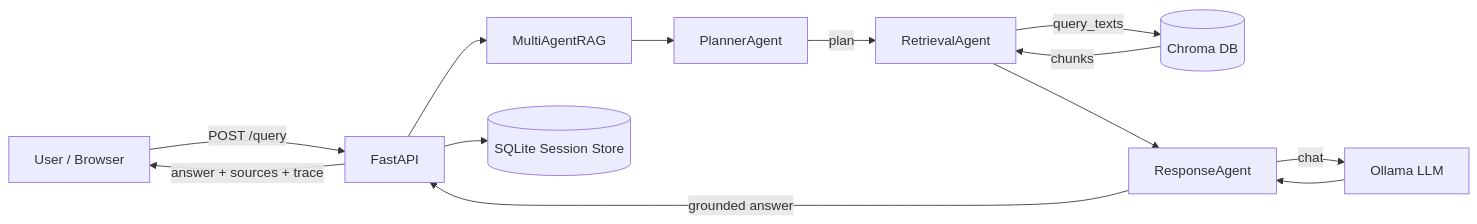
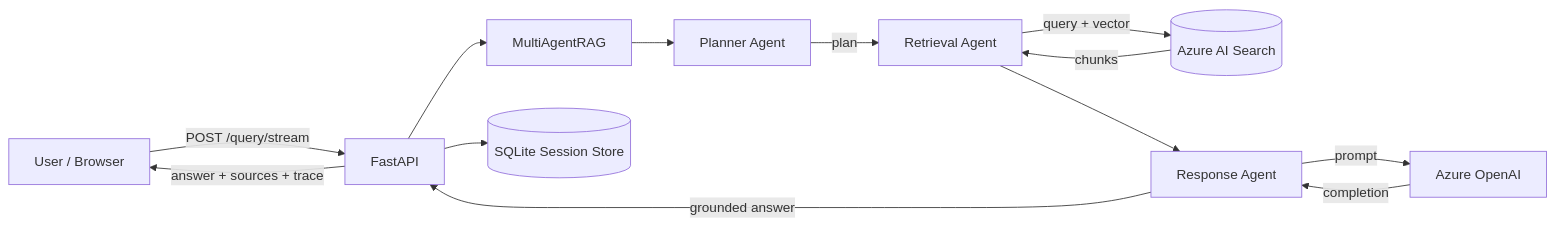
The first of 2 diagrams in ARCHITECTURE.md (benny140/ai_engineer), drawn with Mermaid before and after one commit. The commit also changed other lines of this file and 9 other files, not shown here.

````diff
--- a/ARCHITECTURE.md
+++ b/ARCHITECTURE.md
@@ -27,15 +27,15 @@
 ```mermaid
 flowchart LR
-    U[User / Browser] -->|POST /query| API[FastAPI]
+    U[User / Browser] -->|POST /query/stream| API[FastAPI]
     API --> ORCH[MultiAgentRAG]
-    ORCH --> P[PlannerAgent]
-    P -->|plan| R[RetrievalAgent]
-    R -->|query_texts| CHR[(Chroma DB)]
-    CHR -->|chunks| R
-    R --> RESP[ResponseAgent]
-    RESP -->|chat| OLL[Ollama LLM]
-    OLL --> RESP
+    ORCH --> P[Planner Agent]
+    P -->|plan| R[Retrieval Agent]
+    R -->|query + vector| AIS[(Azure AI Search)]
+    AIS -->|chunks| R
+    R --> RESP[Response Agent]
+    RESP -->|prompt| AOAI[Azure OpenAI]
+    AOAI -->|completion| RESP
     RESP -->|grounded answer| API
     API --> SS[(SQLite Session Store)]
     API -->|answer + sources + trace| U
 ```
````
